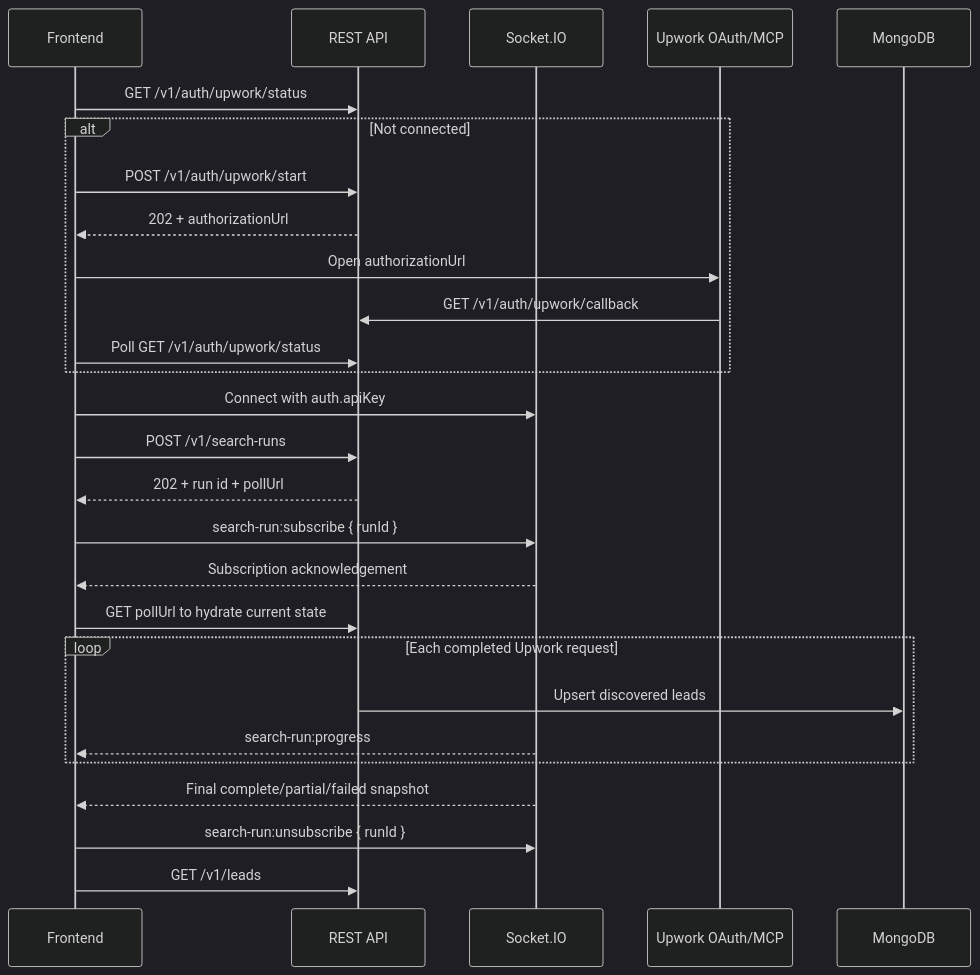
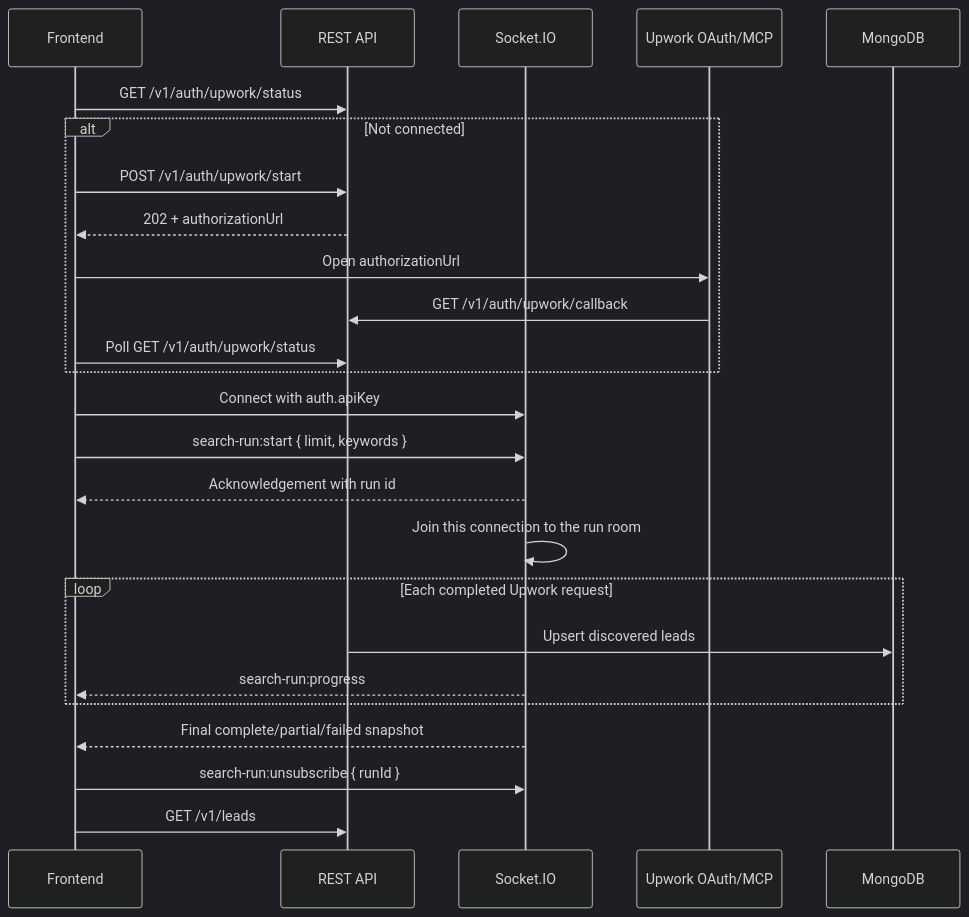
The diagram in docs/frontend-integration.md (uzair-bukhari13/Lead-Scraper), drawn with Mermaid (dark theme) before and after one commit. The commit also changed other lines of this file and 18 other files, not shown here.

````diff
--- a/docs/frontend-integration.md
+++ b/docs/frontend-integration.md
@@ -42,30 +47,28 @@
 ```mermaid
 sequenceDiagram
     participant UI as Frontend
     participant API as REST API
     participant Socket as Socket.IO
     participant Upwork as Upwork OAuth/MCP
     participant Mongo as MongoDB
 
     UI->>API: GET /v1/auth/upwork/status
     alt Not connected
         UI->>API: POST /v1/auth/upwork/start
         API-->>UI: 202 + authorizationUrl
         UI->>Upwork: Open authorizationUrl
         Upwork->>API: GET /v1/auth/upwork/callback
         UI->>API: Poll GET /v1/auth/upwork/status
     end
     UI->>Socket: Connect with auth.apiKey
-    UI->>API: POST /v1/search-runs
-    API-->>UI: 202 + run id + pollUrl
-    UI->>Socket: search-run:subscribe { runId }
-    Socket-->>UI: Subscription acknowledgement
-    UI->>API: GET pollUrl to hydrate current state
+    UI->>Socket: search-run:start { limit, keywords }
+    Socket-->>UI: Acknowledgement with run id
+    Socket->>Socket: Join this connection to the run room
     loop Each completed Upwork request
         API->>Mongo: Upsert discovered leads
         Socket-->>UI: search-run:progress
     end
     Socket-->>UI: Final complete/partial/failed snapshot
     UI->>Socket: search-run:unsubscribe { runId }
     UI->>API: GET /v1/leads
 ```
````
